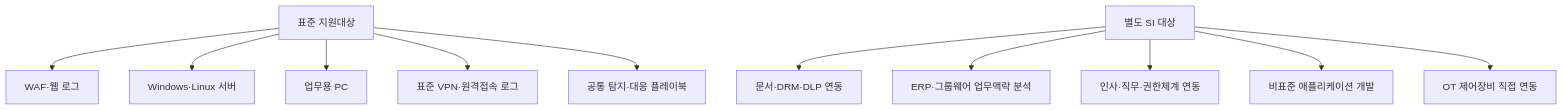
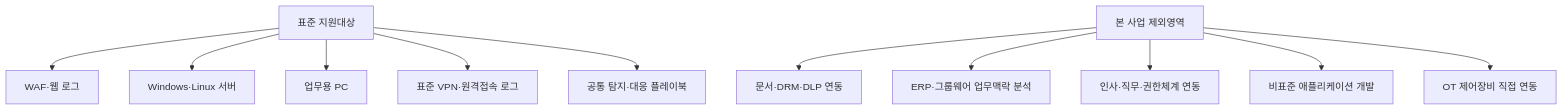
Before and after one commit to qubitsec/plura: the third of 8 diagrams in ko/proposal/kwater/kwater-full.md, drawn with Mermaid. The commit also changed other lines of this file, not shown here.

````diff
--- a/ko/proposal/kwater/kwater-full.md
+++ b/ko/proposal/kwater/kwater-full.md
@@ -360,16 +368,16 @@
 ```mermaid
 flowchart TB
     A["표준 지원대상"]
     A --> B["WAF·웹 로그"]
     A --> C["Windows·Linux 서버"]
     A --> D["업무용 PC"]
     A --> E["표준 VPN·원격접속 로그"]
     A --> F["공통 탐지·대응 플레이북"]
 
-    G["별도 SI 대상"]
+    G["본 사업 제외영역"]
     G --> H["문서·DRM·DLP 연동"]
     G --> I["ERP·그룹웨어 업무맥락 분석"]
     G --> J["인사·직무·권한체계 연동"]
     G --> K["비표준 애플리케이션 개발"]
     G --> L["OT 제어장비 직접 연동"]
 ```
````
